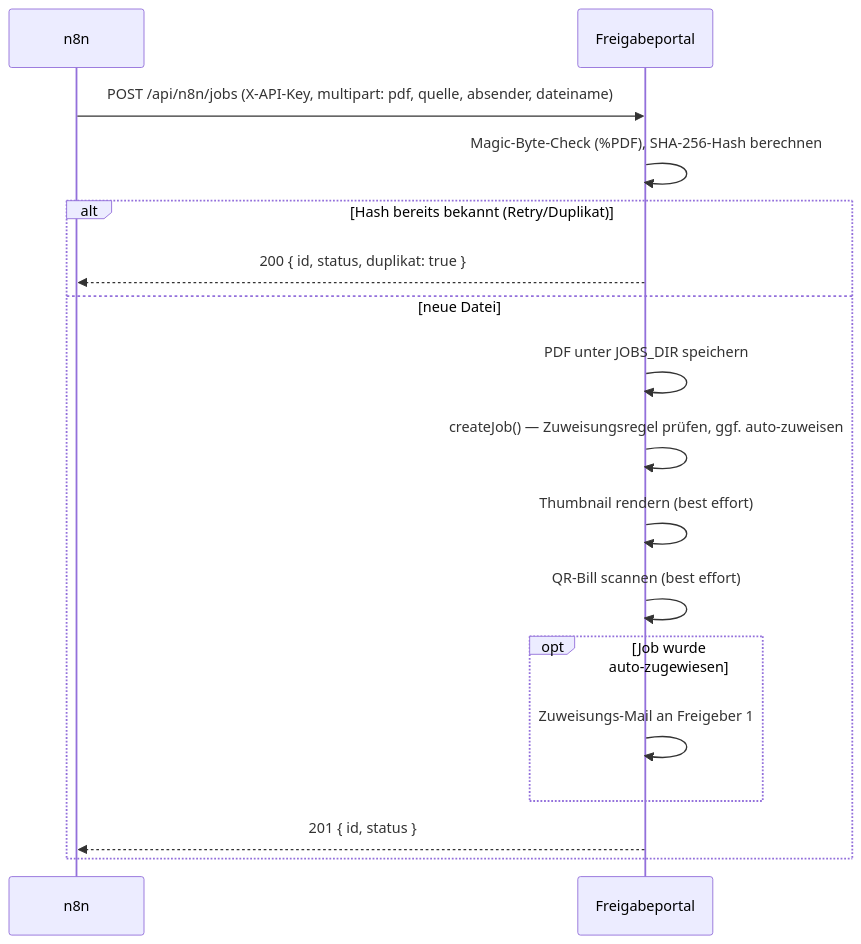
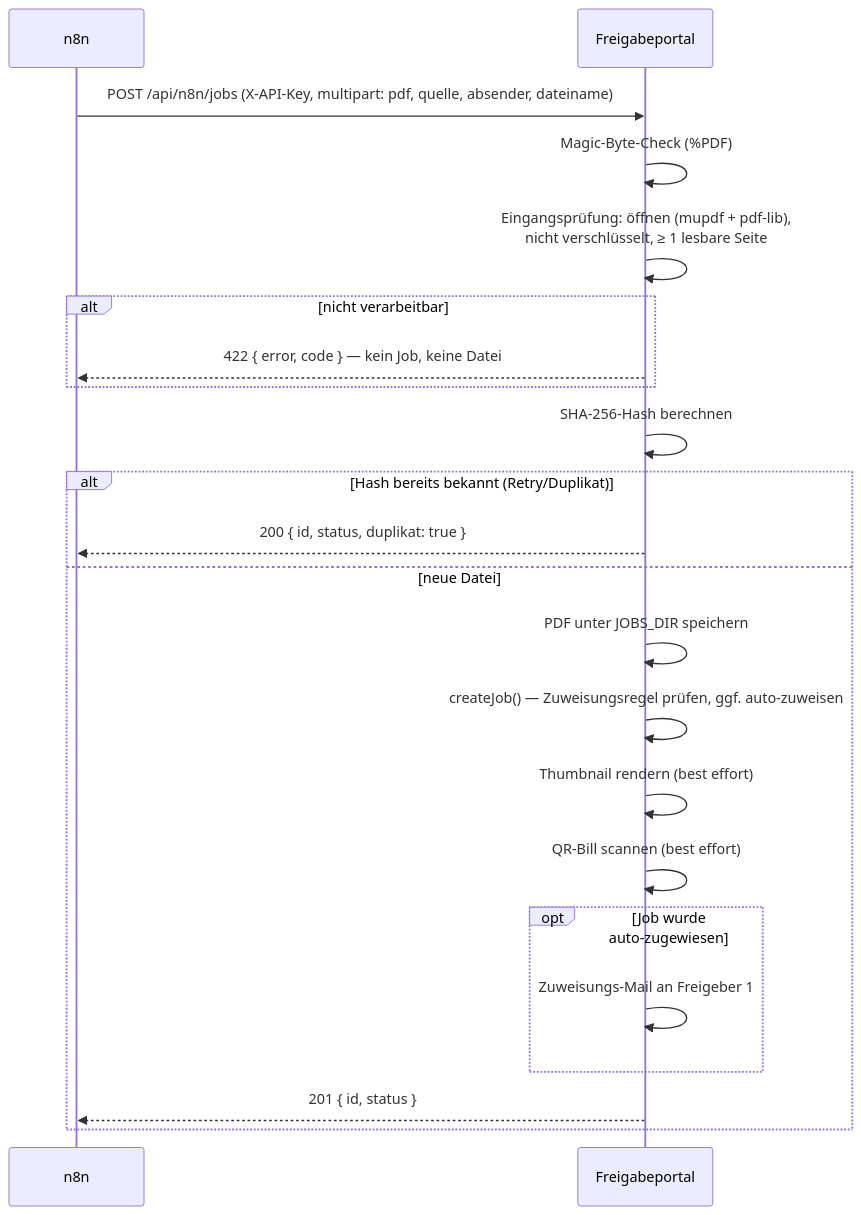
Before and after one commit to rony326/freigabeportal: the first of 2 diagrams in docs/n8n-schnittstelle.md, drawn with Mermaid. The commit also changed other lines of this file and 46 other files, not shown here.

````diff
--- a/docs/n8n-schnittstelle.md
+++ b/docs/n8n-schnittstelle.md
@@ -16,20 +16,25 @@
 ```mermaid
 sequenceDiagram
     participant n8n
     participant P as Freigabeportal
 
     n8n->>P: POST /api/n8n/jobs (X-API-Key, multipart: pdf, quelle, absender, dateiname)
-    P->>P: Magic-Byte-Check (%PDF), SHA-256-Hash berechnen
+    P->>P: Magic-Byte-Check (%PDF)
+    P->>P: Eingangsprüfung: öffnen (mupdf + pdf-lib),<br/>nicht verschlüsselt, ≥ 1 lesbare Seite
+    alt nicht verarbeitbar
+        P-->>n8n: 422 { error, code } — kein Job, keine Datei
+    end
+    P->>P: SHA-256-Hash berechnen
     alt Hash bereits bekannt (Retry/Duplikat)
         P-->>n8n: 200 { id, status, duplikat: true }
     else neue Datei
         P->>P: PDF unter JOBS_DIR speichern
         P->>P: createJob() — Zuweisungsregel prüfen, ggf. auto-zuweisen
         P->>P: Thumbnail rendern (best effort)
         P->>P: QR-Bill scannen (best effort)
         opt Job wurde auto-zugewiesen
             P->>P: Zuweisungs-Mail an Freigeber 1
         end
         P-->>n8n: 201 { id, status }
     end
 ```
````
